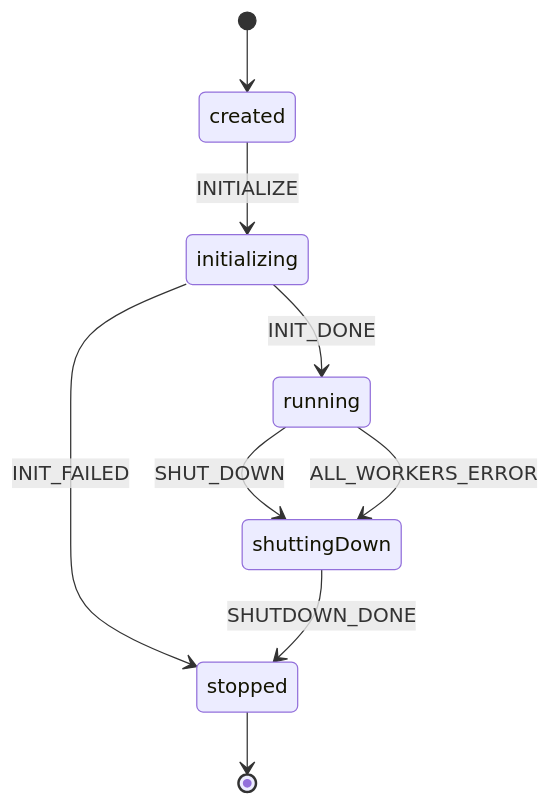
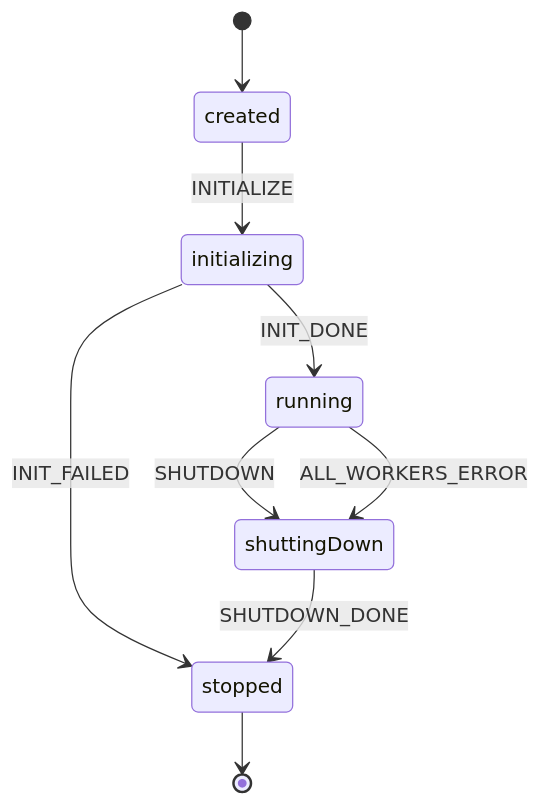
The second of 3 diagrams in README.md (uraitakahito/browserhive), drawn with Mermaid before and after one commit. The commit also changed 3 other files, not shown here.

Commit message:
rename SHUT_DOWN event to SHUTDOWN for consistency with SHUTDOWN_DONE

````diff
--- a/README.md
+++ b/README.md
@@ -70,11 +70,11 @@
 ```mermaid
 stateDiagram-v2
     [*] --> created
     created --> initializing : INITIALIZE
     initializing --> running : INIT_DONE
     initializing --> stopped : INIT_FAILED
-    running --> shuttingDown : SHUT_DOWN
+    running --> shuttingDown : SHUTDOWN
     running --> shuttingDown : ALL_WORKERS_ERROR
     shuttingDown --> stopped : SHUTDOWN_DONE
     stopped --> [*]
 ```
````
